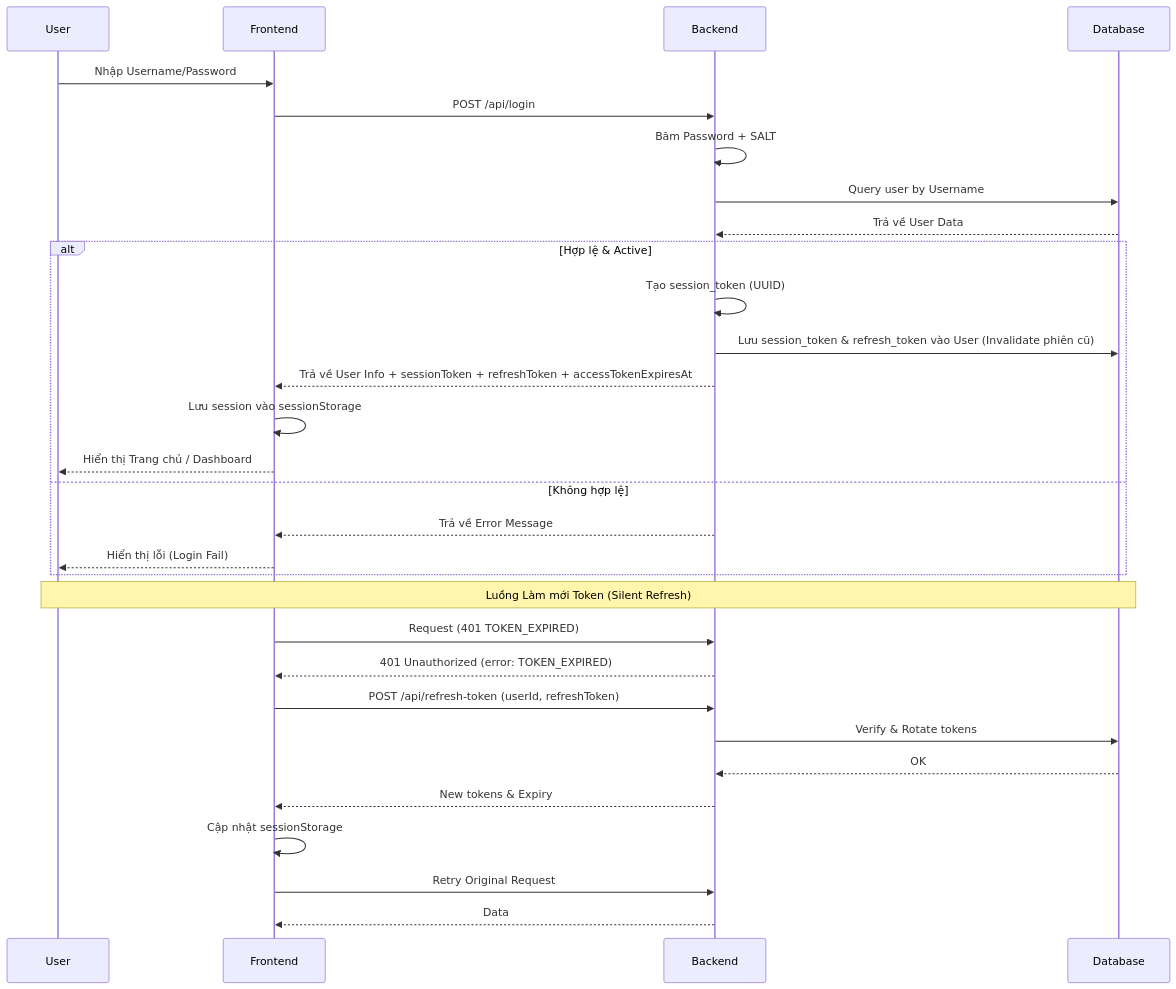
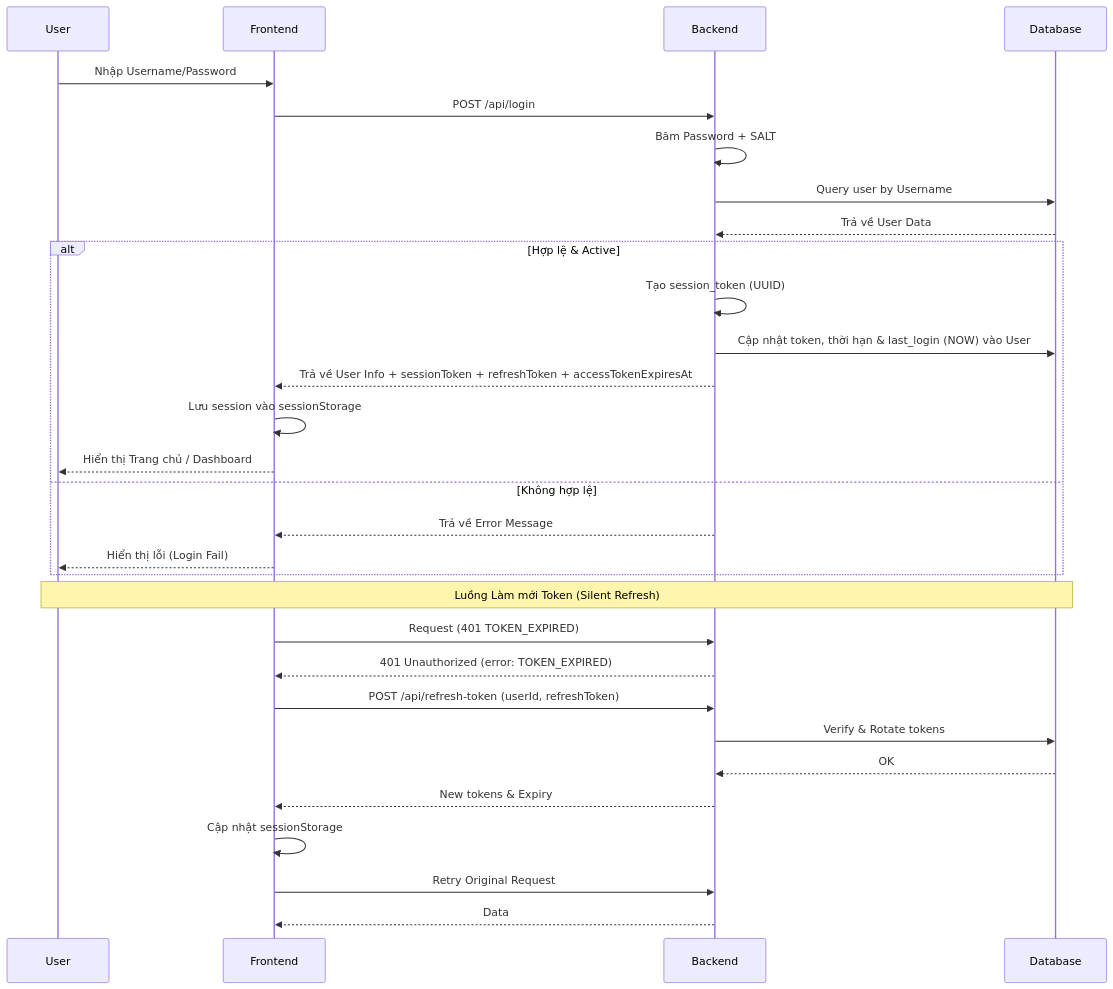
The first of 3 diagrams in spec/auth/DetailDesign_Auth.md (SmartLearn1987/smartlearnapp), drawn with Mermaid before and after one commit. The commit also changed other lines of this file and 27 other files, not shown here.

````diff
--- a/spec/auth/DetailDesign_Auth.md
+++ b/spec/auth/DetailDesign_Auth.md
@@ -79,34 +79,34 @@
 ```mermaid
 sequenceDiagram
     participant User
     participant Frontend
     participant Backend
     participant Database
 
     User->>Frontend: Nhập Username/Password
     Frontend->>Backend: POST /api/login
     Backend->>Backend: Băm Password + SALT
     Backend->>Database: Query user by Username
     Database-->>Backend: Trả về User Data
     alt Hợp lệ & Active
         Backend->>Backend: Tạo session_token (UUID)
-        Backend->>Database: Lưu session_token & refresh_token vào User (Invalidate phiên cũ)
+        Backend->>Database: Cập nhật token, thời hạn & last_login (NOW) vào User
         Backend-->>Frontend: Trả về User Info + sessionToken + refreshToken + accessTokenExpiresAt
         Frontend->>Frontend: Lưu session vào sessionStorage
         Frontend-->>User: Hiển thị Trang chủ / Dashboard
     else Không hợp lệ
         Backend-->>Frontend: Trả về Error Message
         Frontend-->>User: Hiển thị lỗi (Login Fail)
     end
 
     Note over User, Database: Luồng Làm mới Token (Silent Refresh)
     Frontend->>Backend: Request (401 TOKEN_EXPIRED)
     Backend-->>Frontend: 401 Unauthorized (error: TOKEN_EXPIRED)
     Frontend->>Backend: POST /api/refresh-token (userId, refreshToken)
     Backend->>Database: Verify & Rotate tokens
     Database-->>Backend: OK
     Backend-->>Frontend: New tokens & Expiry
     Frontend->>Frontend: Cập nhật sessionStorage
     Frontend->>Backend: Retry Original Request
     Backend-->>Frontend: Data
 ```
````
